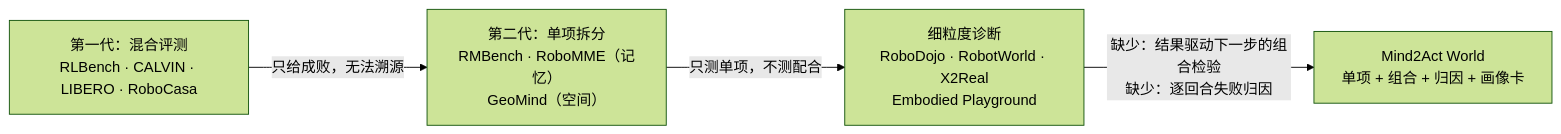
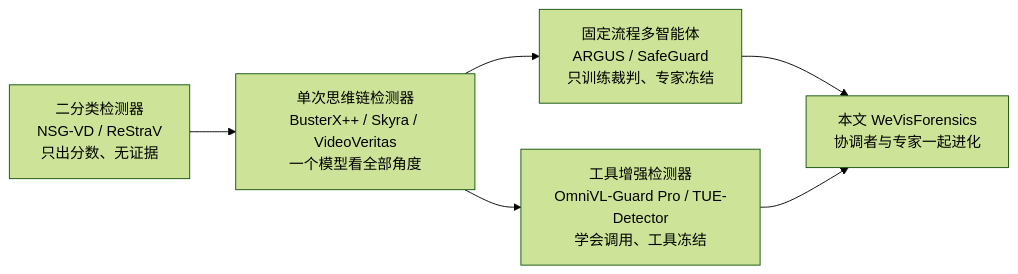
Before and after one commit to yingwang/paper-reads: the first of 7 diagrams in docs/index.md, drawn with Mermaid (forest theme). The commit also changed other lines of this file and 2 other files, not shown here.

First line of the commit message:
Add 2026-11-21-wevisforensics-self-evolving-agent-video-detection

````diff
--- a/docs/index.md
+++ b/docs/index.md
@@ -62,6 +83,8 @@
 ```mermaid
 flowchart LR
-    A["第一代：混合评测<br/>RLBench · CALVIN · LIBERO · RoboCasa"] -->|"只给成败，无法溯源"| B["第二代：单项拆分<br/>RMBench · RoboMME（记忆）<br/>GeoMind（空间）"]
-    B -->|"只测单项，不测配合"| C["细粒度诊断<br/>RoboDojo · RobotWorld · X2Real<br/>Embodied Playground"]
-    C -->|"缺少：结果驱动下一步的组合检验<br/>缺少：逐回合失败归因"| D["Mind2Act World<br/>单项 + 组合 + 归因 + 画像卡"]
+    A["二分类检测器<br/>NSG-VD / ReStraV<br/>只出分数、无证据"] --> B["单次思维链检测器<br/>BusterX++ / Skyra / VideoVeritas<br/>一个模型看全部角度"]
+    B --> C["固定流程多智能体<br/>ARGUS / SafeGuard<br/>只训练裁判、专家冻结"]
+    B --> D["工具增强检测器<br/>OmniVL-Guard Pro / TUE-Detector<br/>学会调用、工具冻结"]
+    C --> E["本文 WeVisForensics<br/>协调者与专家一起进化"]
+    D --> E
 ```
````
